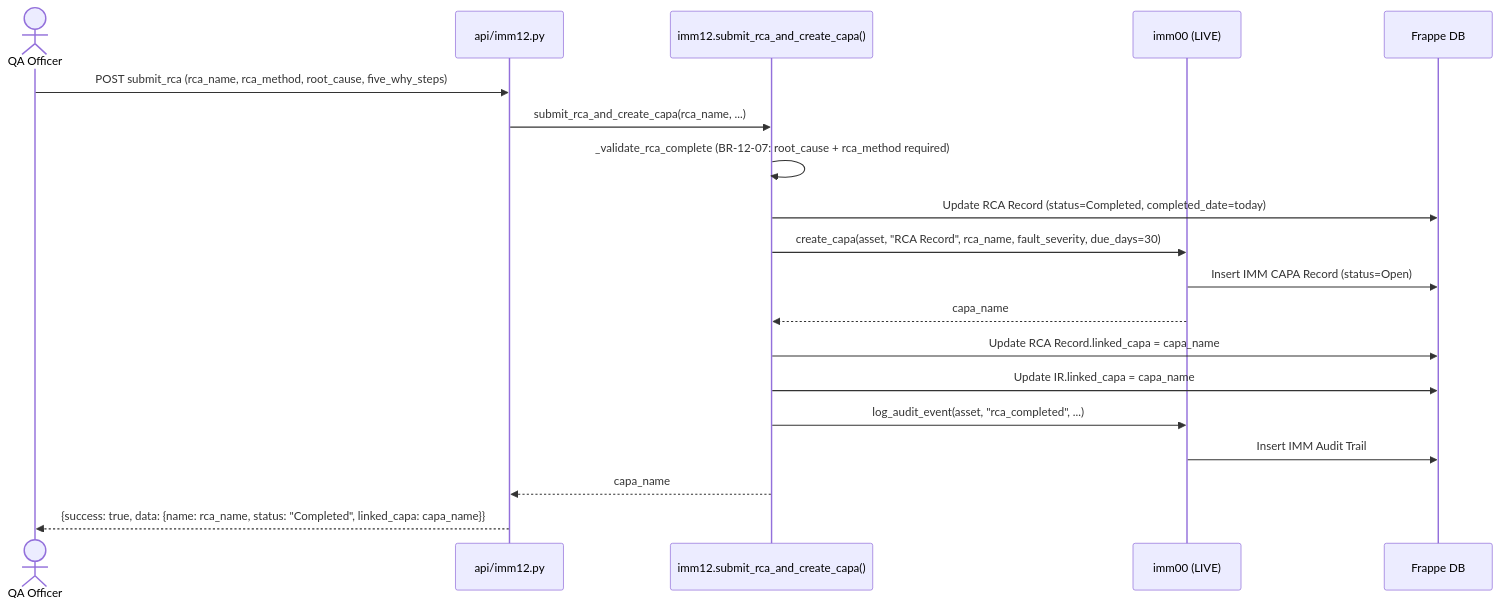
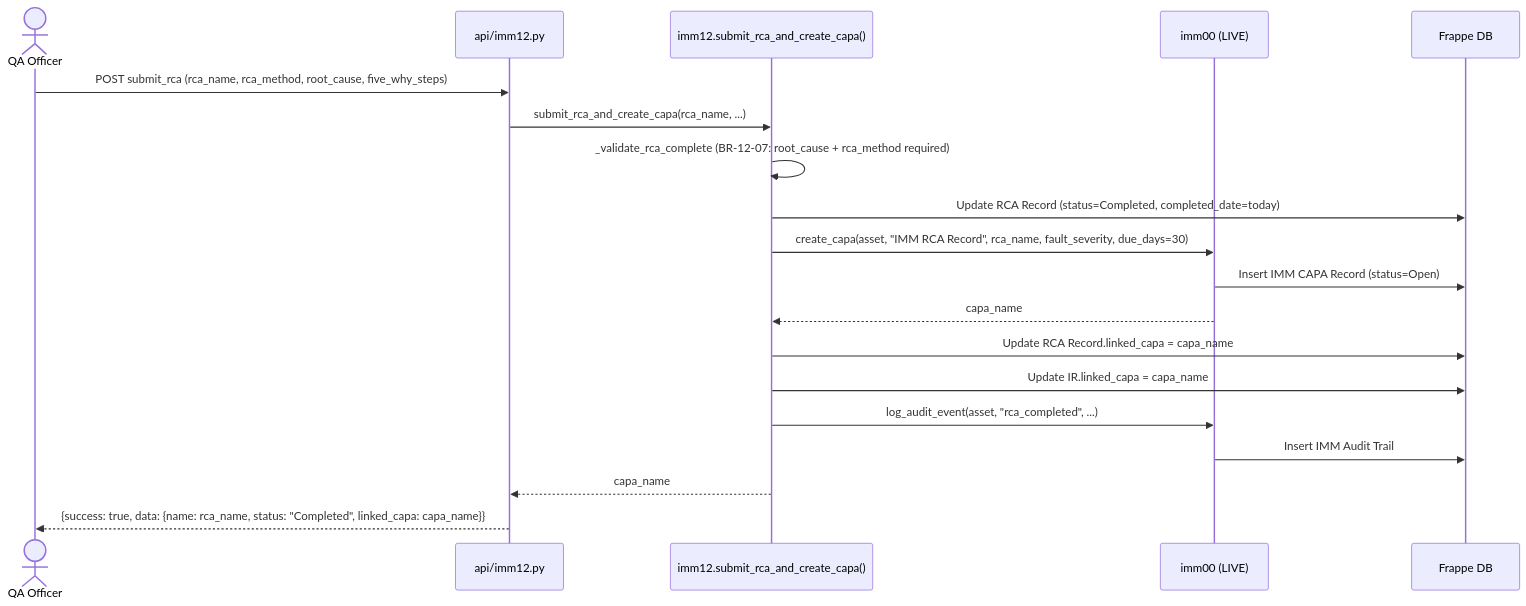
The fourth of 7 diagrams in docs/imm-12/03_Diagrams.md (mvl26/Assetcore), drawn with Mermaid before and after one commit. The commit also changed other lines of this file and 180 other files, not shown here.

````diff
--- a/docs/imm-12/03_Diagrams.md
+++ b/docs/imm-12/03_Diagrams.md
@@ -268,27 +269,27 @@
 ```mermaid
 sequenceDiagram
     actor QA as QA Officer
     participant API as api/imm12.py
     participant SVC as imm12.submit_rca_and_create_capa()
     participant SVC00 as imm00 (LIVE)
     participant DB as Frappe DB
 
     QA->>API: POST submit_rca (rca_name, rca_method, root_cause, five_why_steps)
     API->>SVC: submit_rca_and_create_capa(rca_name, ...)
 
     SVC->>SVC: _validate_rca_complete (BR-12-07: root_cause + rca_method required)
     SVC->>DB: Update RCA Record (status=Completed, completed_date=today)
 
-    SVC->>SVC00: create_capa(asset, "RCA Record", rca_name, fault_severity, due_days=30)
+    SVC->>SVC00: create_capa(asset, "IMM RCA Record", rca_name, fault_severity, due_days=30)
     SVC00->>DB: Insert IMM CAPA Record (status=Open)
     SVC00-->>SVC: capa_name
 
     SVC->>DB: Update RCA Record.linked_capa = capa_name
     SVC->>DB: Update IR.linked_capa = capa_name
 
     SVC->>SVC00: log_audit_event(asset, "rca_completed", ...)
     SVC00->>DB: Insert IMM Audit Trail
 
     SVC-->>API: capa_name
     API-->>QA: {success: true, data: {name: rca_name, status: "Completed", linked_capa: capa_name}}
 ```
````
